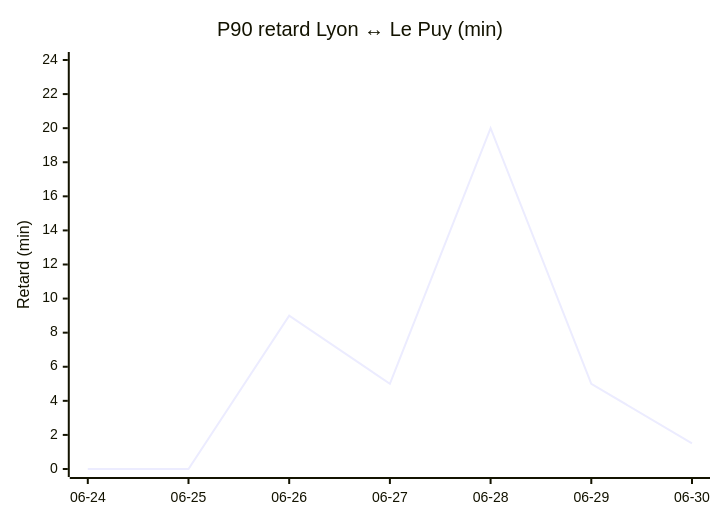
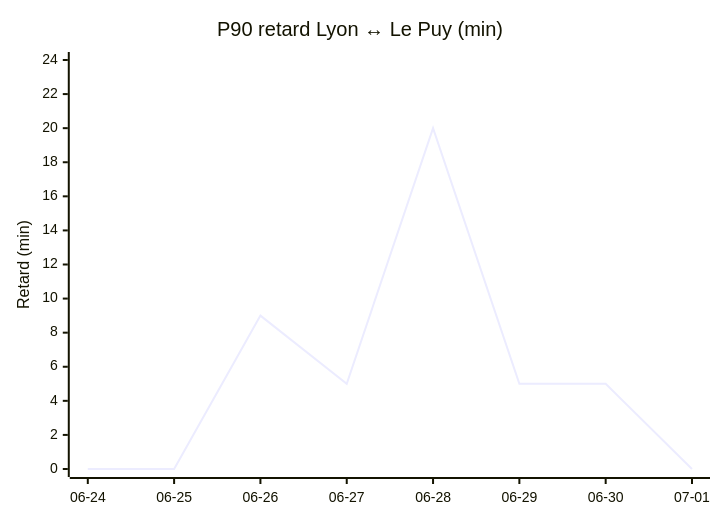
The third of 4 diagrams in STATS.md (antoinerep/horaire-ter), drawn with Mermaid before and after one commit. The commit also changed other lines of this file and 1 other file, not shown here.

````diff
--- a/STATS.md
+++ b/STATS.md
@@ -79,7 +80,7 @@
 ```mermaid
 xychart-beta
     title "P90 retard Lyon ↔ Le Puy (min)"
-    x-axis ["06-24", "06-25", "06-26", "06-27", "06-28", "06-29", "06-30"]
+    x-axis ["06-24", "06-25", "06-26", "06-27", "06-28", "06-29", "06-30", "07-01"]
     y-axis "Retard (min)" 0 --> 24
-    line [0.0, 0.0, 9.0, 5.0, 20.0, 5.0, 1.5]
+    line [0.0, 0.0, 9.0, 5.0, 20.0, 5.0, 5.0, 0.0]
 ```
````
